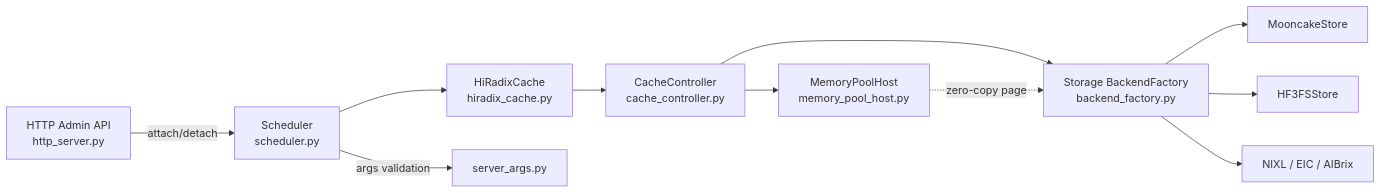
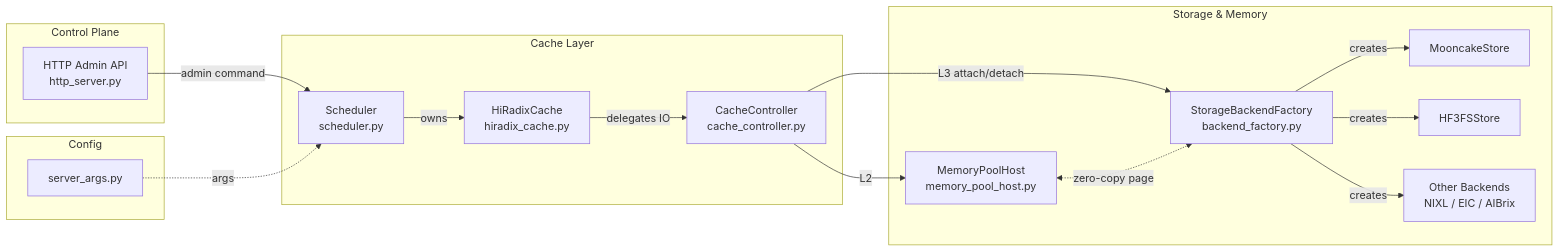
Before and after one commit to ForceInjection/AI-fundamentals: the second of 2 diagrams in 09_inference_system/kv_cache/02_systems/hicache/hicache_deep_dive.md, drawn with Mermaid. The commit also changed other lines of this file, not shown here.

Commit message:
docs(hicache): refine tier and component diagrams in deep dive
- Tier diagram: enforce L1-on-top layout via downward-only edges; merge Scheduler/HiRadixCache nodes; clarify edge labels with directional arrows

- Component diagram: group nodes into Control Plane / Cache Layer / Storage / Config; normalize edge labels (admin command, owns, delegates IO, creates); flip server_args.py to upstream config dependency; make zero-copy page edge bidirectional

- Update caption to surface the architectural insight that control and data planes share the call stack and branch only at BackendFactory

````diff
--- a/09_inference_system/kv_cache/02_systems/hicache/hicache_deep_dive.md
+++ b/09_inference_system/kv_cache/02_systems/hicache/hicache_deep_dive.md
@@ -94,13 +92,35 @@
 ```mermaid
 graph LR
-    HTTP[HTTP Admin API<br/>http_server.py] -->|attach/detach| SCH[Scheduler<br/>scheduler.py]
-    SCH --> HRC[HiRadixCache<br/>hiradix_cache.py]
-    HRC --> CC[CacheController<br/>cache_controller.py]
-    CC --> MPH[MemoryPoolHost<br/>memory_pool_host.py]
-    CC --> BF[Storage BackendFactory<br/>backend_factory.py]
-    BF --> MS[MooncakeStore]
-    BF --> HFS[HF3FSStore]
-    BF --> NIXL[NIXL / EIC / AIBrix]
-    MPH -.zero-copy page.-> BF
-    SCH -->|args validation| SA[server_args.py]
+    subgraph Admin[Control Plane]
+        HTTP[HTTP Admin API<br/>http_server.py]
+    end
+
+    subgraph CacheLayer[Cache Layer]
+        SCH[Scheduler<br/>scheduler.py]
+        HRC[HiRadixCache<br/>hiradix_cache.py]
+        CC[CacheController<br/>cache_controller.py]
+    end
+
+    subgraph Storage[Storage & Memory]
+        MPH[MemoryPoolHost<br/>memory_pool_host.py]
+        BF[StorageBackendFactory<br/>backend_factory.py]
+        MS[MooncakeStore]
+        HFS[HF3FSStore]
+        Other[Other Backends<br/>NIXL / EIC / AIBrix]
+    end
+
+    subgraph Config[Config]
+        SA[server_args.py]
+    end
+
+    HTTP -->|admin command| SCH
+    SCH -->|owns| HRC
+    HRC -->|delegates IO| CC
+    CC -->|L2| MPH
+    CC -->|L3 attach/detach| BF
+    BF -->|creates| MS
+    BF -->|creates| HFS
+    BF -->|creates| Other
+    MPH <-.zero-copy page.-> BF
+    SA -. args .-> SCH
 ```
````
